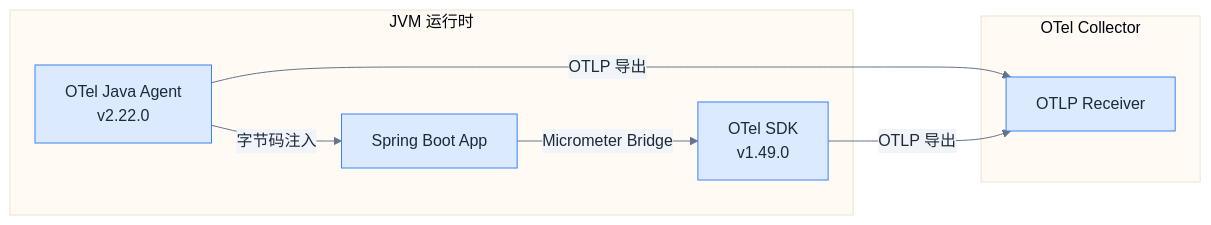
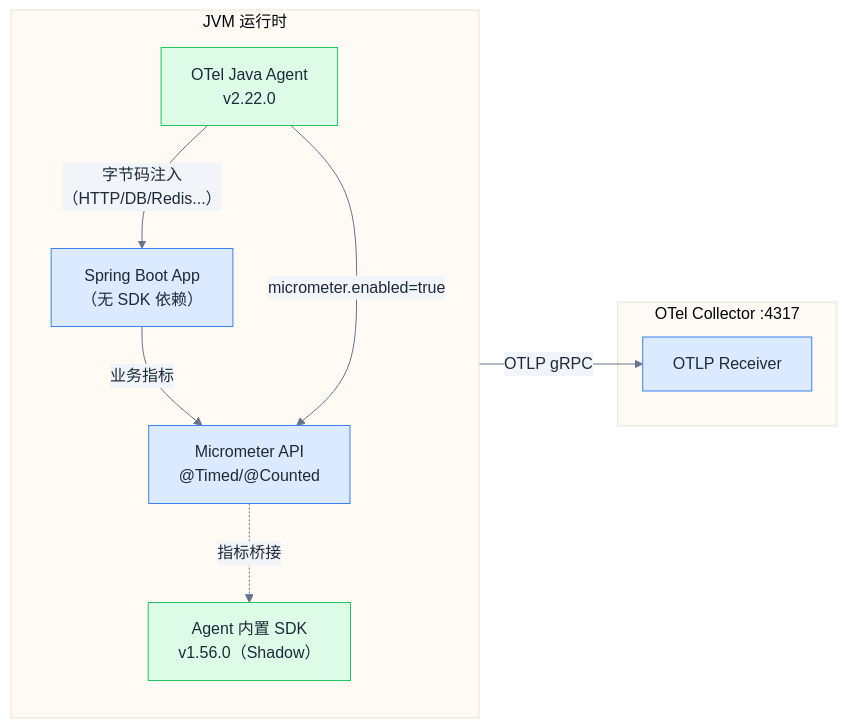
Before and after one commit to linqibin0826/patra: the first of 3 diagrams in patra-api/docs/designs/observability/08-version-matrix.md, drawn with Mermaid. The commit also changed other lines of this file and 8 other files, not shown here.

````diff
--- a/patra-api/docs/designs/observability/08-version-matrix.md
+++ b/patra-api/docs/designs/observability/08-version-matrix.md
@@ -47,29 +53,34 @@
 ```mermaid
 %%{init: {
   'theme': 'base',
   'themeVariables': {
     'primaryColor': '#dbeafe',
     'primaryTextColor': '#1e293b',
     'primaryBorderColor': '#3b82f6',
     'lineColor': '#64748b',
     'edgeLabelBackground': '#f1f5f9'
   }
 }}%%
 flowchart LR
     subgraph JVM["JVM 运行时"]
+        direction TB
+        App["Spring Boot App<br/>（无 SDK 依赖）"]
+        Micrometer["Micrometer API<br/>@Timed/@Counted"]
         Agent["OTel Java Agent<br/>v2.22.0"]
-        App["Spring Boot App"]
-        SDK["OTel SDK<br/>v1.49.0"]
+        AgentSDK["Agent 内置 SDK<br/>v1.56.0（Shadow）"]
     end
 
-    subgraph Collector["OTel Collector"]
+    subgraph Collector["OTel Collector :4317"]
         OTLP["OTLP Receiver"]
     end
 
-    Agent -->|字节码注入| App
-    App -->|Micrometer Bridge| SDK
-    Agent -->|OTLP 导出| OTLP
-    SDK -->|OTLP 导出| OTLP
+    App -->|"业务指标"| Micrometer
+    Agent -->|"字节码注入<br/>（HTTP/DB/Redis...）"| App
+    Agent -->|"micrometer.enabled=true"| Micrometer
+    Micrometer -.->|"指标桥接"| AgentSDK
+    AgentSDK -->|"OTLP gRPC"| OTLP
 
     classDef default fill:#dbeafe,stroke:#3b82f6,color:#1e293b;
+    classDef agent fill:#dcfce7,stroke:#22c55e,color:#1e293b;
+    class Agent,AgentSDK agent;
 ```
````
